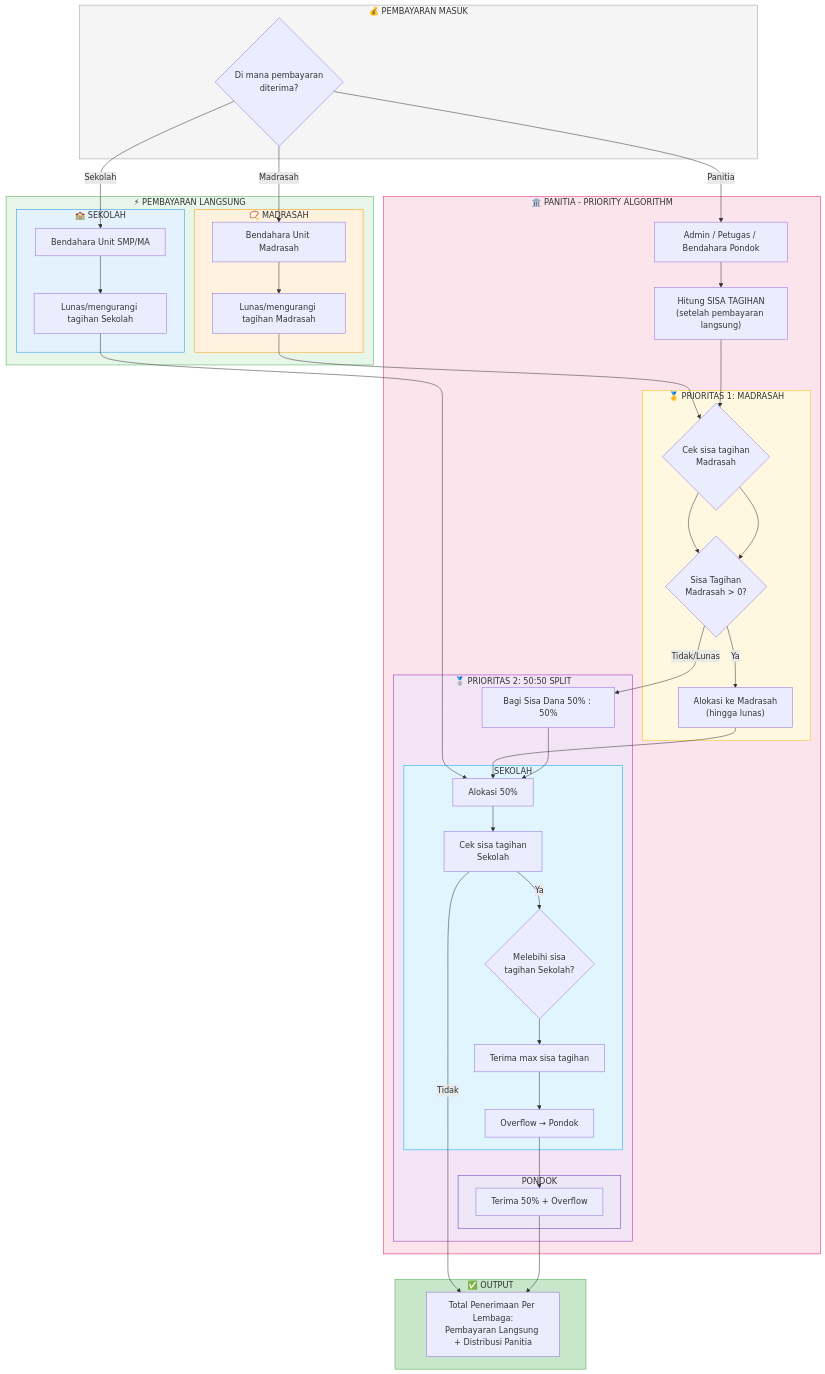
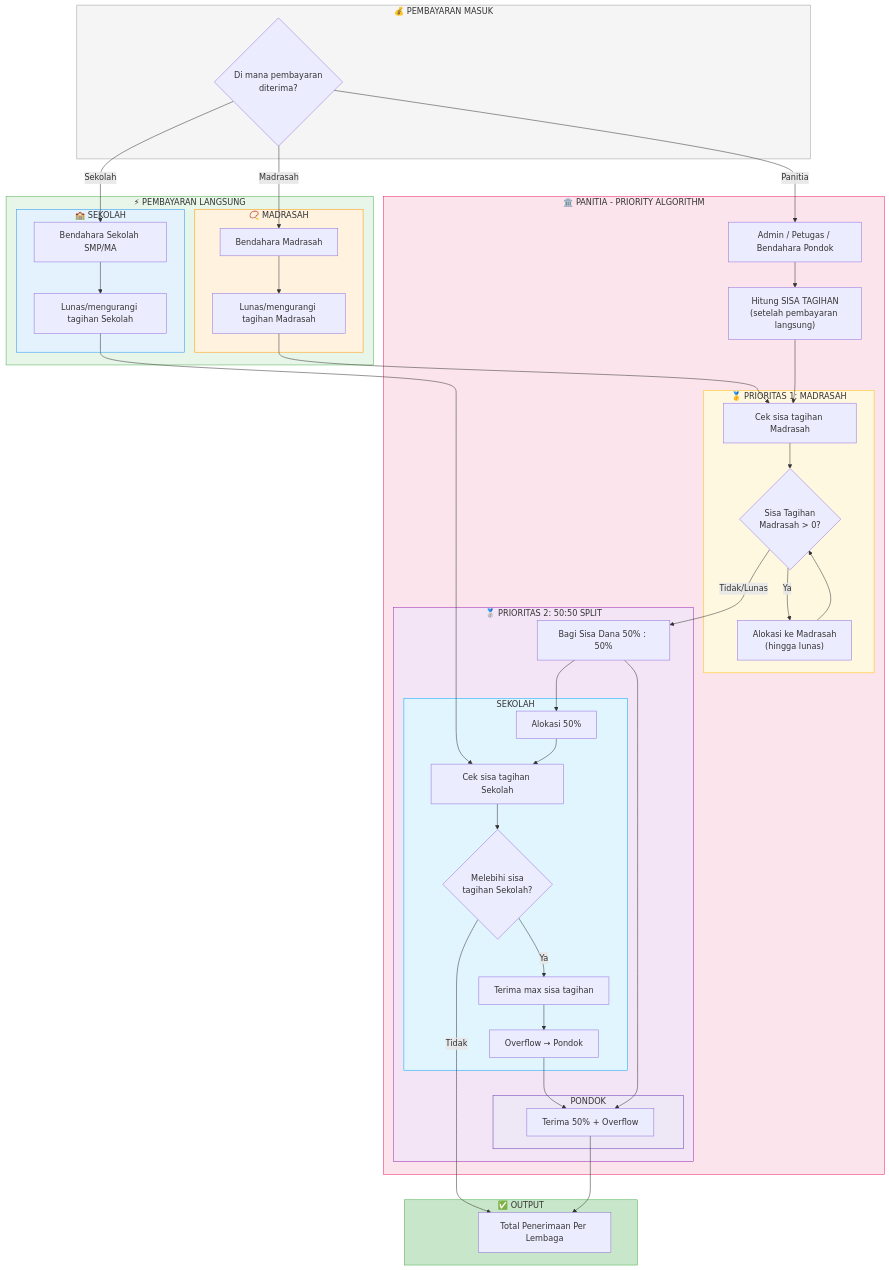
Before and after one commit to mfauzanhanif/psb: the diagram in docs/PRIORITY_ALGORITHM.md, drawn with Mermaid.

Commit message:
update dokumentasi

```diff
--- a/docs/PRIORITY_ALGORITHM.md
+++ b/docs/PRIORITY_ALGORITHM.md
@@ -19,12 +19,12 @@
 
     subgraph DIRECT["⚡ PEMBAYARAN LANGSUNG"]
         subgraph MADRASAH_DIRECT["📿 MADRASAH"]
-            E["Bendahara Unit Madrasah"]
+            E["Bendahara Madrasah"]
             E1["Lunas/mengurangi tagihan Madrasah"]
         end
         
         subgraph SEKOLAH_DIRECT["🏫 SEKOLAH"]
-            H["Bendahara Unit SMP/MA"]
+            H["Bendahara Sekolah SMP/MA"]
             H1["Lunas/mengurangi tagihan Sekolah"]
         end
     end
@@ -34,8 +34,8 @@
         B1["Hitung SISA TAGIHAN<br/>(setelah pembayaran langsung)"]
         
         subgraph PRIORITY1["🥇 PRIORITAS 1: MADRASAH"]
-            C{"Sisa Tagihan<br/>Madrasah > 0?"}
-            C1{"Cek sisa tagihan<br/>Madrasah"}
+            C["Cek sisa tagihan Madrasah"]
+            C1{"Sisa Tagihan<br/>Madrasah > 0?"}
             C2["Alokasi ke Madrasah<br/>(hingga lunas)"]
         end
         
@@ -44,7 +44,7 @@
             
             subgraph SEKOLAH_SPLIT["SEKOLAH"]
                 D1["Alokasi 50%"]
-                D2["Cek sisa tagihan<br/>Sekolah"]
+                D2["Cek sisa tagihan Sekolah"]
                 D3{"Melebihi sisa<br/>tagihan Sekolah?"}
                 D4["Terima max sisa tagihan"]
                 D5["Overflow → Pondok"]
@@ -57,26 +57,35 @@
     end
 
     subgraph OUTPUT["✅ OUTPUT"]
-        N["Total Penerimaan Per Lembaga:<br/>Pembayaran Langsung + Distribusi Panitia"]
+        N["Total Penerimaan Per Lembaga"]
     end
 
+    %% Input routing
     A -->|Madrasah| E
     A -->|Sekolah| H
     A -->|Panitia| B
+
+    %% Direct Madrasah flow
+    E --> E1 --> C
     
-    E --> E1 --> C1 --> C
-    H --> H1 --> D1
+    %% Direct Sekolah flow
+    H --> H1 --> D2
+
+    %% Panitia flow - Priority 1 (Madrasah)
+    B --> B1 --> C
+    C --> C1
+    C1 -->|Ya| C2
+    C2 --> C1
+    C1 -->|Tidak/Lunas| D
     
-    B --> B1 --> C1 --> C
-    C -->|Ya| C2 --> D1
-    C -->|Tidak/Lunas| D
-    
+    %% Priority 2 (50:50 Split)
     D --> D1
     D1 --> D2
-    D2 -->|Ya| D3 --> D4
-    D2 -->|Tidak| N
-    D4 --> D5
+    D2 --> D3
+    D3 -->|Ya| D4 --> D5
+    D3 -->|Tidak| N
     D5 --> D6
+    D --> D6
     D6 --> N
 
     style INPUT fill:#f5f5f5,stroke:#9e9e9e
```
